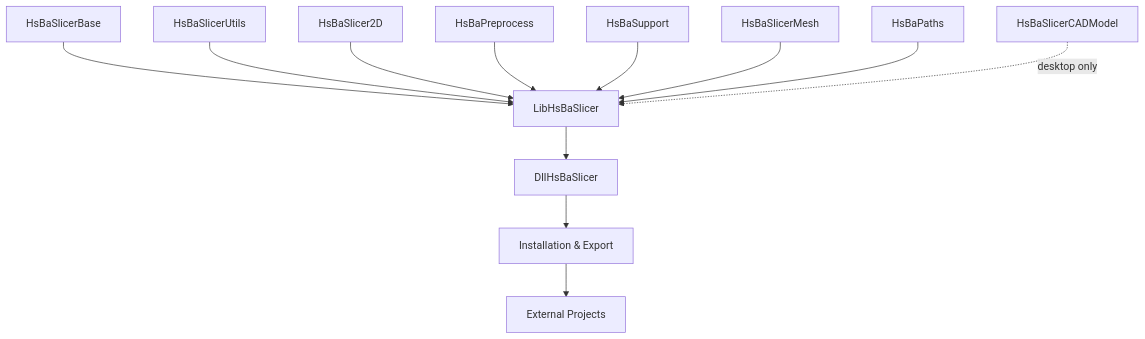
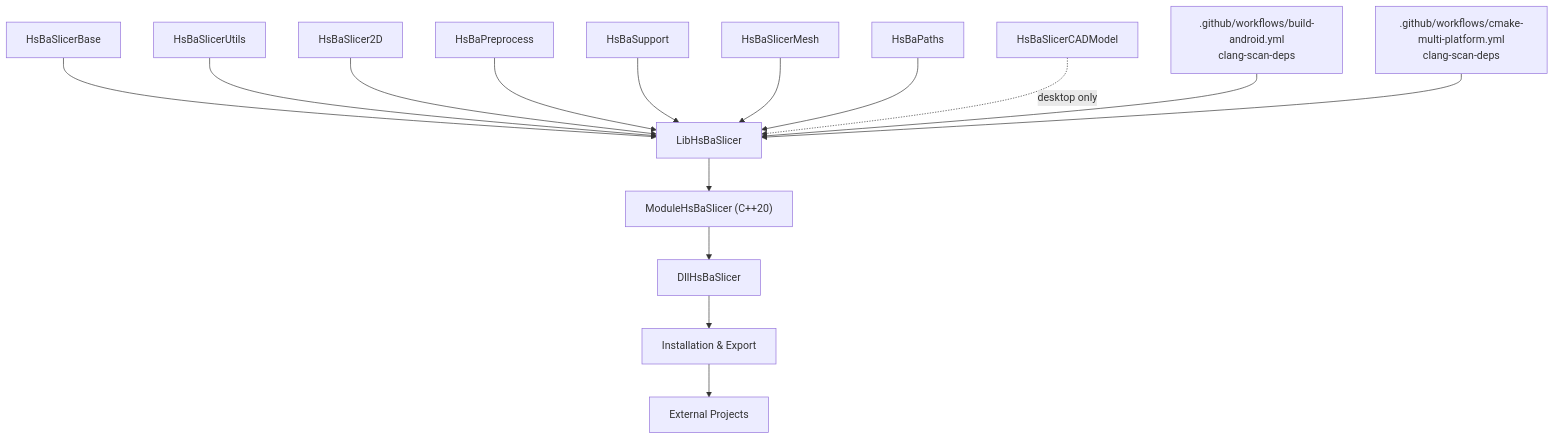
One commit to hsmbanlance/HsBaSlicer changed diagram 18 of 18 in .qoder/repowiki/en/content/Getting Started/Multi-Platform Build System.md. Above: the diagram before and after it, drawn with Mermaid. The commit also changed other lines of this file and 19 other files, not shown here.

````diff
--- a/.qoder/repowiki/en/content/Getting Started/Multi-Platform Build System.md
+++ b/.qoder/repowiki/en/content/Getting Started/Multi-Platform Build System.md
@@ -518,14 +627,17 @@
 ```mermaid
 graph TB
 Base["HsBaSlicerBase"] --> Lib["LibHsBaSlicer"]
 Utils["HsBaSlicerUtils"] --> Lib
 TwoD["HsBaSlicer2D"] --> Lib
 Prep["HsBaPreprocess"] --> Lib
 Supp["HsBaSupport"] --> Lib
 Mesh["HsBaSlicerMesh"] --> Lib
 Paths["HsBaPaths"] --> Lib
 CAD["HsBaSlicerCADModel"] -. desktop only .-> Lib
-Lib --> Dll["DllHsBaSlicer"]
+Lib --> Module["ModuleHsBaSlicer (C++20)"]
+Module --> Dll["DllHsBaSlicer"]
 Dll --> Install["Installation & Export"]
 Install --> External["External Projects"]
+AndroidCI[".github/workflows/build-android.yml<br/>clang-scan-deps"] --> Lib
+MultiPlatform[".github/workflows/cmake-multi-platform.yml<br/>clang-scan-deps"] --> Lib
 ```
````
